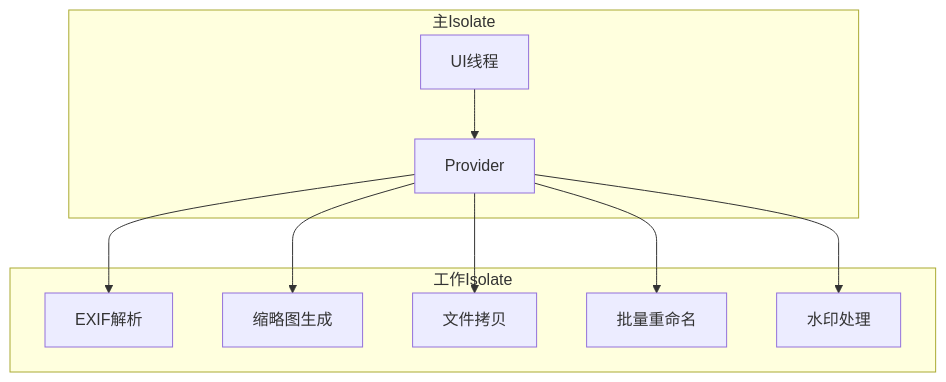
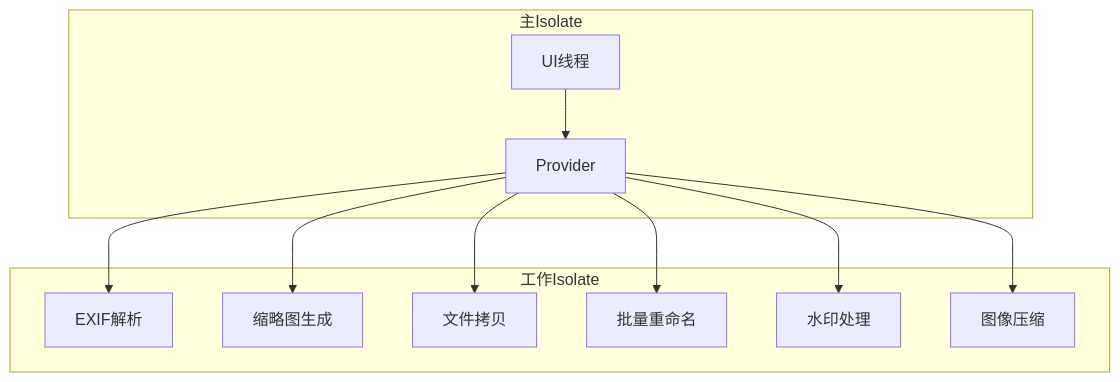
Before and after one commit to OldSuns/Camera_Toolbox: the first of 2 diagrams in README.md, drawn with Mermaid. The commit also changed other lines of this file and 17 other files, not shown here.

````diff
--- a/README.md
+++ b/README.md
@@ -137,22 +89,24 @@
 ```mermaid
 graph TD
     subgraph "主Isolate"
         A["UI线程"]
         B["Provider"]
     end
 
     subgraph "工作Isolate"
         C["EXIF解析"]
         D["缩略图生成"]
         E["文件拷贝"]
         F["批量重命名"]
         G["水印处理"]
+        H["图像压缩"]
     end
 
     A --> B
     B --> C
     B --> D
     B --> E
     B --> F
     B --> G
+    B --> H
 ```
````
